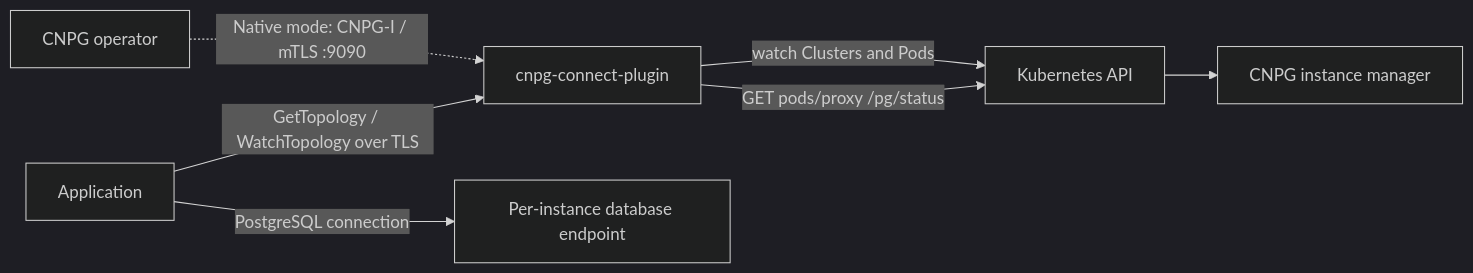
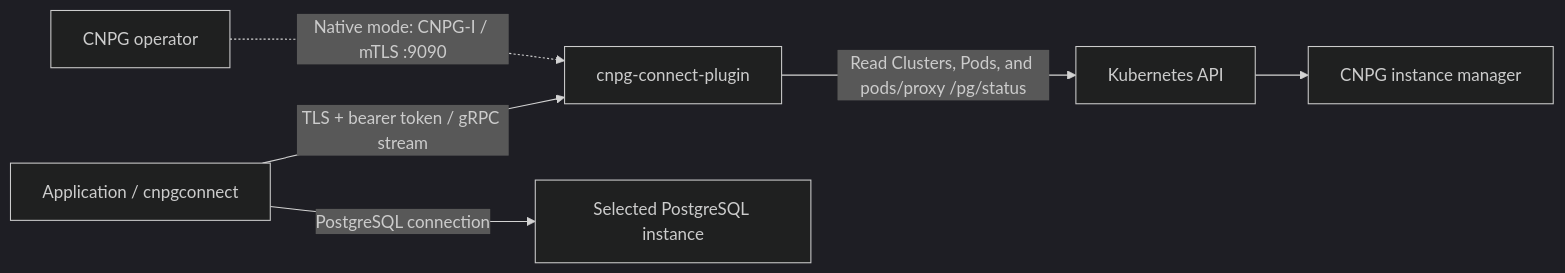
The diagram in README.md (nakiner/cnpg-connect-plugin), drawn with Mermaid (dark theme) before and after one commit. The commit also changed other lines of this file and 54 other files, not shown here.

````diff
--- a/README.md
+++ b/README.md
@@ -9,9 +28,8 @@
 ```mermaid
 flowchart LR
     O[CNPG operator] -.->|Native mode: CNPG-I / mTLS :9090| P[cnpg-connect-plugin]
-    P -->|watch Clusters and Pods| K[Kubernetes API]
-    P -->|GET pods/proxy /pg/status| K
+    P -->|Read Clusters, Pods, and pods/proxy /pg/status| K[Kubernetes API]
     K --> I[CNPG instance manager]
-    G[Application] -->|GetTopology / WatchTopology over TLS| P
-    G -->|PostgreSQL connection| D[Per-instance database endpoint]
+    G[Application / cnpgconnect] -->|TLS + bearer token / gRPC stream| P
+    G -->|PostgreSQL connection| D[Selected PostgreSQL instance]
 ```
````
